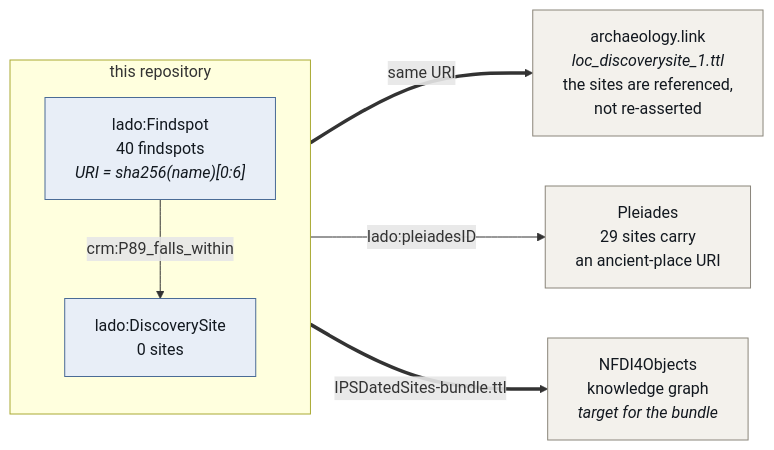
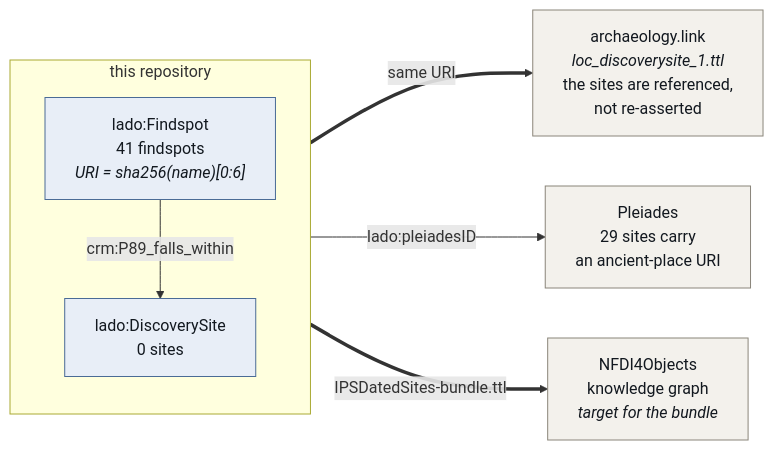
One commit to leiza-rse/IPSDatedSites changed the diagram in docs/diagrams/links.mmd. Above: the diagram before and after it, drawn with Mermaid. The commit also changed 12 other files, not shown here.

```diff
--- a/docs/diagrams/links.mmd
+++ b/docs/diagrams/links.mmd
@@ -1,24 +1,24 @@
 flowchart LR
     subgraph ours["this repository"]
         direction TB
-        FS["lado:Findspot<br/>40 findspots<br/><i>URI = sha256(name)[0:6]</i>"]
+        FS["lado:Findspot<br/>41 findspots<br/><i>URI = sha256(name)[0:6]</i>"]
         DSITE["lado:DiscoverySite<br/>0 sites"]
         FS -->|crm:P89_falls_within| DSITE
     end
 
     AL["archaeology.link<br/><i>loc_discoverysite_1.ttl</i><br/>the sites are referenced,<br/>not re-asserted"]
     PL["Pleiades<br/>29 sites carry<br/>an ancient-place URI"]
     N4O["NFDI4Objects<br/>knowledge graph<br/><i>target for the bundle</i>"]
 
     DSITE ==>|same URI| AL
     DSITE -->|lado:pleiadesID| PL
     ours ==>|IPSDatedSites-bundle.ttl| N4O
 
     class FS,DSITE local
     class AL,PL,N4O ext
 
     classDef local fill:#e8eef7,stroke:#4a6b96,stroke-width:1px,color:#12181f
     classDef crm fill:#efe7f5,stroke:#7a5a96,stroke-width:1px,color:#12181f
     classDef time fill:#e3f2ec,stroke:#3f8a70,stroke-width:1px,color:#12181f
     classDef ext fill:#f3f1ec,stroke:#8a857a,stroke-width:1px,color:#12181f
     classDef io fill:#faf3e3,stroke:#a8872e,stroke-width:1px,color:#12181f
```
